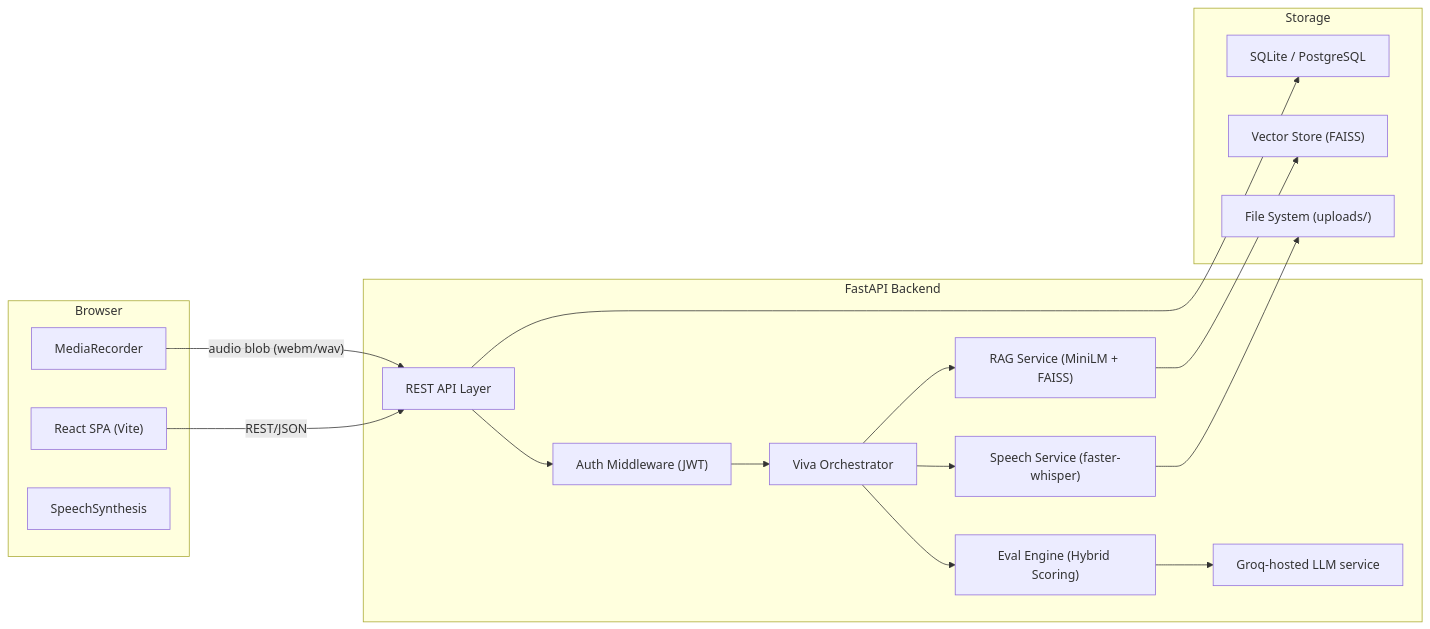
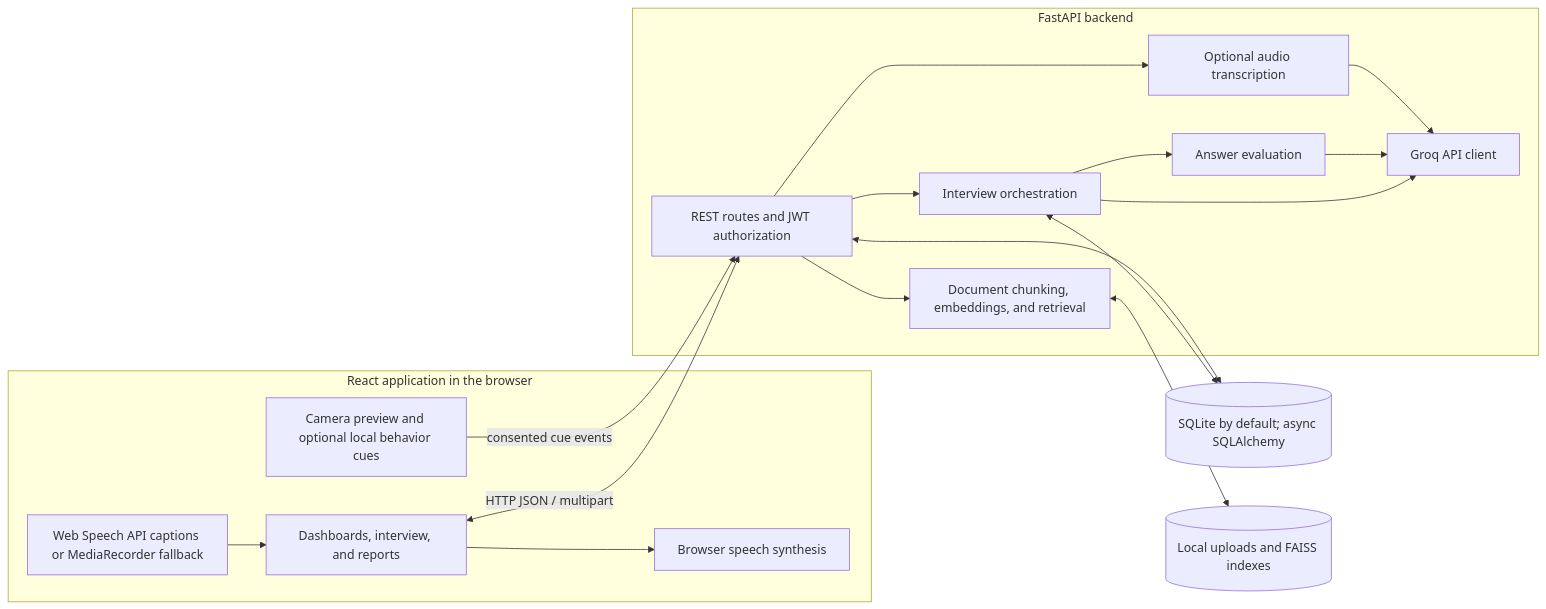
The second of 2 diagrams in README.md (Harsh-Pachauri/Parakh-AI), drawn with Mermaid before and after one commit. The commit also changed other lines of this file and 1 other file, not shown here.

Commit message:
chore: Update frontend README to clarify application context and setup instructions

````diff
--- a/README.md
+++ b/README.md
@@ -19,35 +89,34 @@
 ```mermaid
 flowchart LR
-    subgraph Browser
-        UI["React SPA (Vite)"]
-        MR["MediaRecorder"]
-        TTS["SpeechSynthesis"]
+    subgraph Browser[React application in the browser]
+        UI[Dashboards, interview, and reports]
+        STT[Web Speech API captions or MediaRecorder fallback]
+        TTS[Browser speech synthesis]
+        CAM[Camera preview and optional local behavior cues]
     end
+    subgraph API[FastAPI backend]
+        ROUTES[REST routes and JWT authorization]
+        ORCH[Interview orchestration]
+        EVAL[Answer evaluation]
+        SPEECH[Optional audio transcription]
+        GROQ[Groq API client]
+        RAG[Document chunking, embeddings, and retrieval]
+    end
+    DB[(SQLite by default; async SQLAlchemy)]
+    FILES[(Local uploads and FAISS indexes)]
 
-    subgraph "FastAPI Backend"
-        API["REST API Layer"]
-        AUTH["Auth Middleware (JWT)"]
-        ORCH["Viva Orchestrator"]
-        SPEECH["Speech Service (faster-whisper)"]
-        RAG["RAG Service (MiniLM + FAISS)"]
-        EVAL["Eval Engine (Hybrid Scoring)"]
-        LLM["Groq-hosted LLM service"]
-    end
-
-    subgraph Storage
-        DB["SQLite / PostgreSQL"]
-        VS["Vector Store (FAISS)"]
-        FS["File System (uploads/)"]
-    end
-
-    UI -->|"REST/JSON"| API
-    MR -->|"audio blob (webm/wav)"| API
-    API --> AUTH --> ORCH
-    ORCH --> SPEECH
-    ORCH --> RAG
+    UI <-->|HTTP JSON / multipart| ROUTES
+    STT --> UI
+    UI --> TTS
+    CAM -->|consented cue events| ROUTES
+    ROUTES --> ORCH
     ORCH --> EVAL
-    EVAL --> LLM
-    API --> DB
-    RAG --> VS
-    SPEECH --> FS
+    ORCH --> GROQ
+    EVAL --> GROQ
+    ROUTES --> SPEECH
+    SPEECH --> GROQ
+    ORCH <--> DB
+    ROUTES <--> DB
+    RAG <--> FILES
+    ROUTES --> RAG
 ```
````
